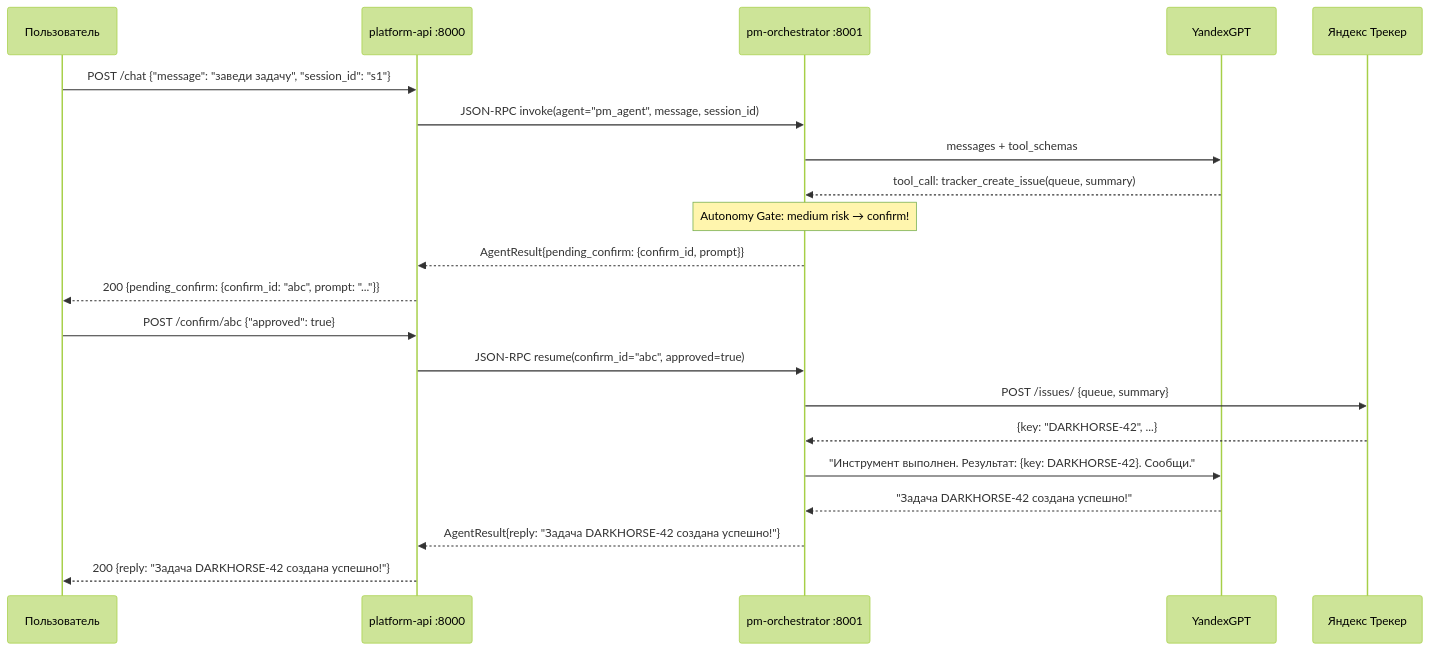
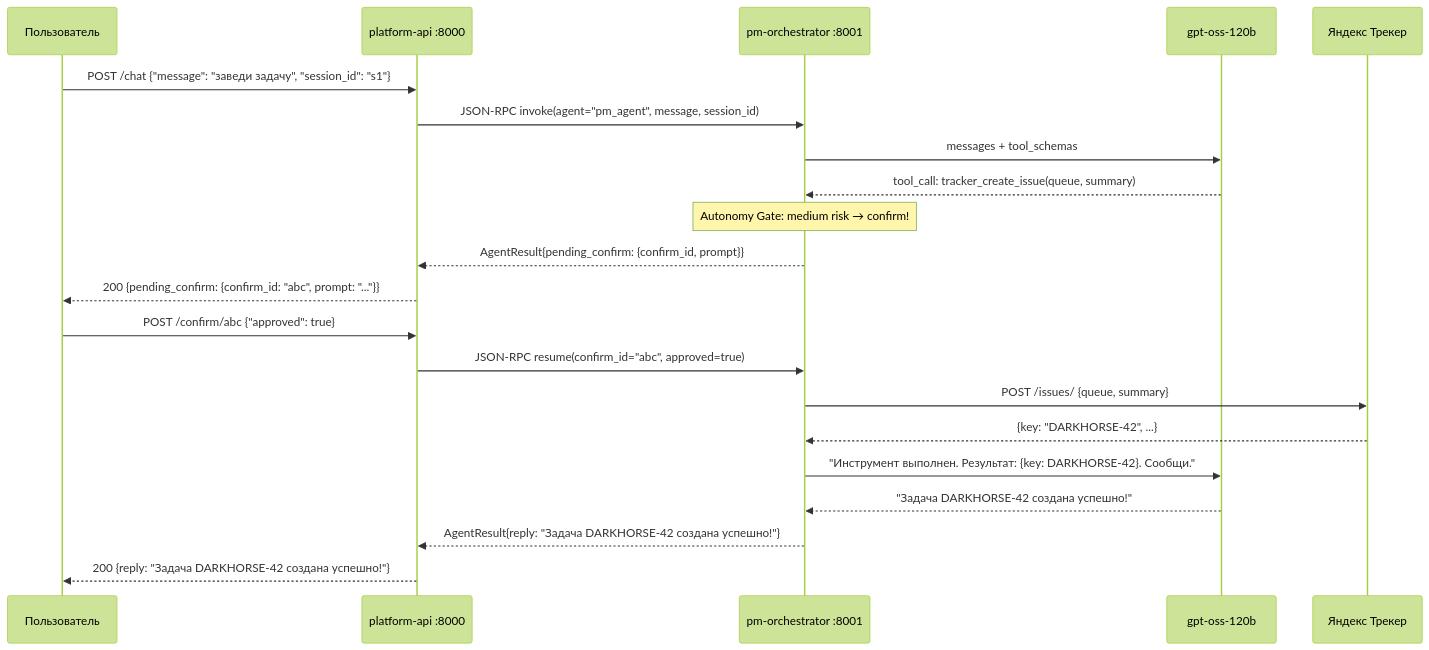
The first of 3 diagrams in docs/ARCHITECTURE.md (Kasuich/telegram_scrum_master), drawn with Mermaid (forest theme) before and after one commit. The commit also changed other lines of this file and 13 other files, not shown here.

First line of the commit message:
feat(llm): migrate to gpt-oss-120b via Yandex OpenAI Responses API

````diff
--- a/docs/ARCHITECTURE.md
+++ b/docs/ARCHITECTURE.md
@@ -72,31 +72,31 @@
 ```mermaid
 sequenceDiagram
     participant U as Пользователь
     participant API as platform-api :8000
     participant ORC as pm-orchestrator :8001
-    participant LLM as YandexGPT
+    participant LLM as gpt-oss-120b
     participant TR as Яндекс Трекер
 
     U->>API: POST /chat {"message": "заведи задачу", "session_id": "s1"}
     API->>ORC: JSON-RPC invoke(agent="pm_agent", message, session_id)
 
     ORC->>LLM: messages + tool_schemas
     LLM-->>ORC: tool_call: tracker_create_issue(queue, summary)
 
     note over ORC: Autonomy Gate: medium risk → confirm!
 
     ORC-->>API: AgentResult{pending_confirm: {confirm_id, prompt}}
     API-->>U: 200 {pending_confirm: {confirm_id: "abc", prompt: "..."}}
 
     U->>API: POST /confirm/abc {"approved": true}
     API->>ORC: JSON-RPC resume(confirm_id="abc", approved=true)
 
     ORC->>TR: POST /issues/ {queue, summary}
     TR-->>ORC: {key: "DARKHORSE-42", ...}
 
     ORC->>LLM: "Инструмент выполнен. Результат: {key: DARKHORSE-42}. Сообщи."
     LLM-->>ORC: "Задача DARKHORSE-42 создана успешно!"
 
     ORC-->>API: AgentResult{reply: "Задача DARKHORSE-42 создана успешно!"}
     API-->>U: 200 {reply: "Задача DARKHORSE-42 создана успешно!"}
 ```
````
